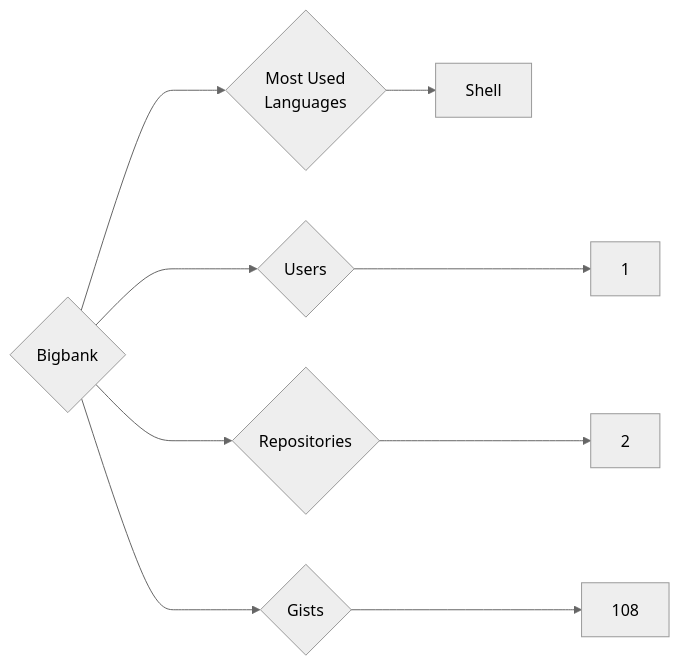
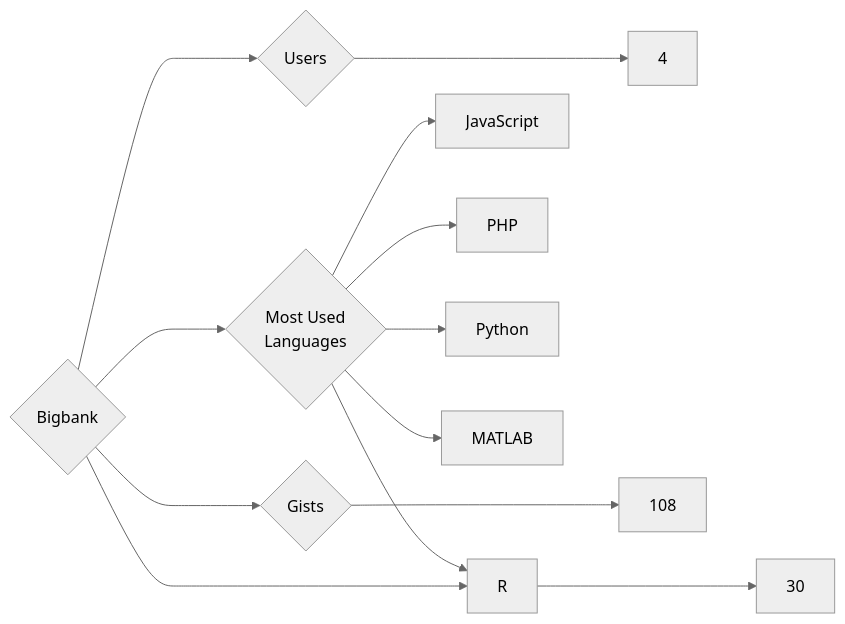
Before and after one commit to trickest/insiders: the diagram in targets/Bigbank/README.md, drawn with Mermaid (neutral theme). The commit also changed 640 other files, not shown here.

````diff
--- a/targets/Bigbank/README.md
+++ b/targets/Bigbank/README.md
@@ -3,9 +3,13 @@
 ```mermaid
 graph LR
 COMPANY_NAME{Bigbank}
-COMPANY_NAME ---> U{Users} ---> UN[1]
-COMPANY_NAME ---> R{Repositories} ---> RN[2]
+COMPANY_NAME ---> U{Users} ---> UN[4]
+COMPANY_NAME ---> R{Repositories} ---> RN[30]
 COMPANY_NAME ---> G{Gists} ---> GN[108]
 COMPANY_NAME ---> ML{Most Used<br>Languages}
-ML --> Shell[Shell]
+ML --> JavaScript[JavaScript]
+ML --> PHP[PHP]
+ML --> Python[Python]
+ML --> MATLAB[MATLAB]
+ML --> R[R]
 ```
````
